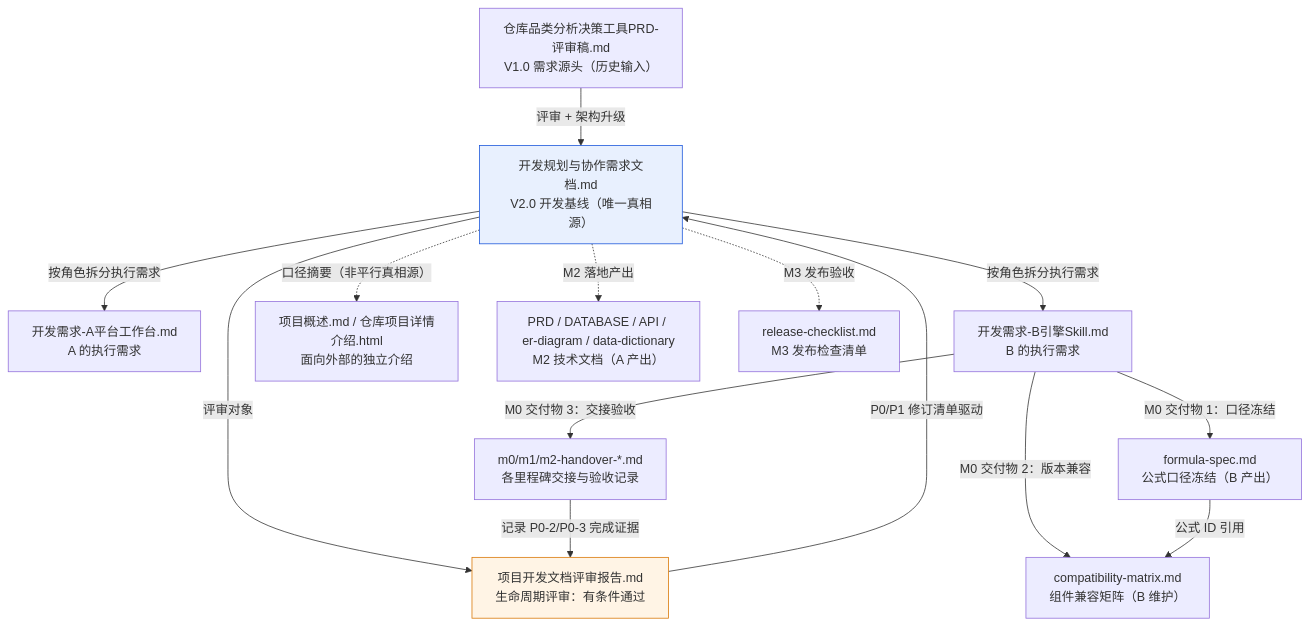
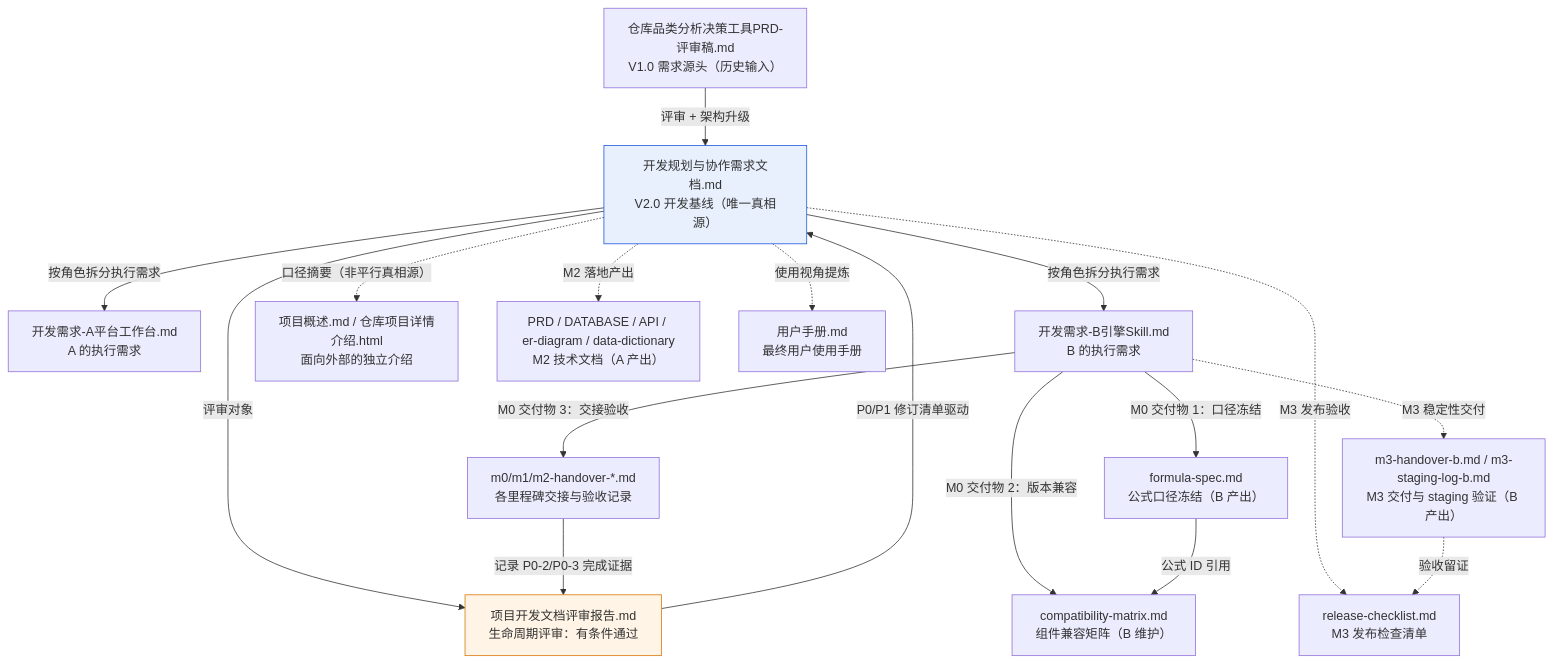
Before and after one commit to nihcya/warehouseAnalysis: the third of 3 diagrams in README.md, drawn with Mermaid. The commit also changed other lines of this file and 1 other file, not shown here.

````diff
--- a/README.md
+++ b/README.md
@@ -177,31 +180,36 @@
 ```mermaid
 flowchart TB
     PRD["仓库品类分析决策工具PRD-评审稿.md<br/>V1.0 需求源头（历史输入）"]
     BASE["开发规划与协作需求文档.md<br/>V2.0 开发基线（唯一真相源）"]
     REVIEW["项目开发文档评审报告.md<br/>生命周期评审：有条件通过"]
     A["开发需求-A平台工作台.md<br/>A 的执行需求"]
     B["开发需求-B引擎Skill.md<br/>B 的执行需求"]
     OVERVIEW["项目概述.md / 仓库项目详情介绍.html<br/>面向外部的独立介绍"]
     FORMULA["formula-spec.md<br/>公式口径冻结（B 产出）"]
     MATRIX["compatibility-matrix.md<br/>组件兼容矩阵（B 维护）"]
     HANDOVER["m0/m1/m2-handover-*.md<br/>各里程碑交接与验收记录"]
     TECHDOCS["PRD / DATABASE / API / er-diagram / data-dictionary<br/>M2 技术文档（A 产出）"]
+    MANUAL["用户手册.md<br/>最终用户使用手册"]
     RELEASE["release-checklist.md<br/>M3 发布检查清单"]
+    M3B["m3-handover-b.md / m3-staging-log-b.md<br/>M3 交付与 staging 验证（B 产出）"]
 
     PRD -->|"评审 + 架构升级"| BASE
     BASE -->|"评审对象"| REVIEW
     REVIEW -->|"P0/P1 修订清单驱动"| BASE
     BASE -->|"按角色拆分执行需求"| A
     BASE -->|"按角色拆分执行需求"| B
     BASE -.->|"口径摘要（非平行真相源）"| OVERVIEW
+    BASE -.->|"使用视角提炼"| MANUAL
     B -->|"M0 交付物 1：口径冻结"| FORMULA
     B -->|"M0 交付物 2：版本兼容"| MATRIX
     B -->|"M0 交付物 3：交接验收"| HANDOVER
     FORMULA -->|"公式 ID 引用"| MATRIX
     HANDOVER -->|"记录 P0-2/P0-3 完成证据"| REVIEW
     BASE -.->|"M2 落地产出"| TECHDOCS
     BASE -.->|"M3 发布验收"| RELEASE
+    B -.->|"M3 稳定性交付"| M3B
+    M3B -.->|"验收留证"| RELEASE
 
     style BASE fill:#e8f0fe,stroke:#1a56db
     style REVIEW fill:#fff4e5,stroke:#d97706
 ```
````
